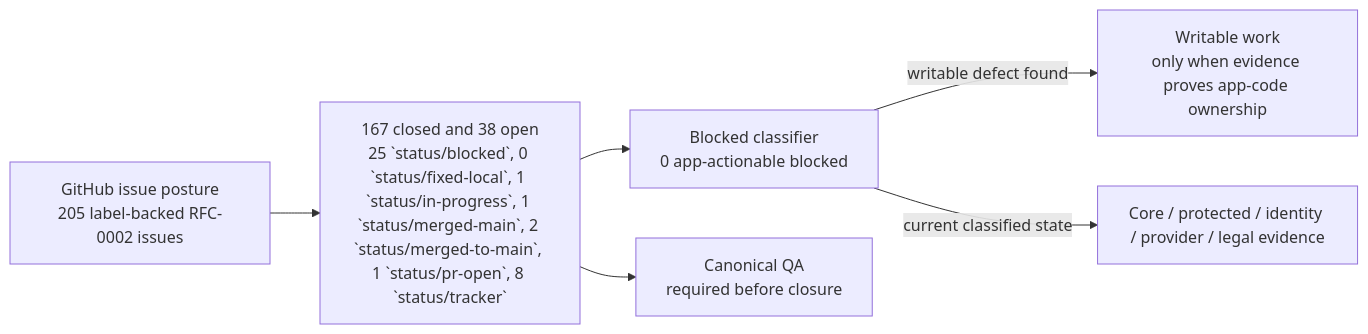
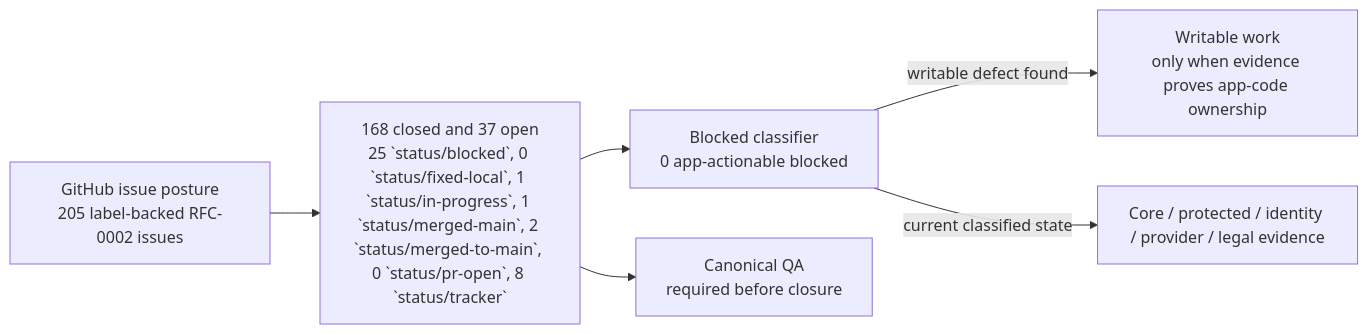
The first of 2 diagrams in wiki/RFC-0002-Execution-Status.md (sgajbi/lotus-idea), drawn with Mermaid before and after one commit. The commit also changed other lines of this file and 8 other files, not shown here.

````diff
--- a/wiki/RFC-0002-Execution-Status.md
+++ b/wiki/RFC-0002-Execution-Status.md
@@ -39,15 +39,15 @@
 ```mermaid
 flowchart LR
     Issues["GitHub issue posture<br/>205 label-backed RFC-0002 issues"]
-    Open["167 closed and 38 open<br/>25 `status/blocked`, 0 `status/fixed-local`, 1 `status/in-progress`, 1 `status/merged-main`, 2 `status/merged-to-main`, 1 `status/pr-open`, 8 `status/tracker`"]
+    Open["168 closed and 37 open<br/>25 `status/blocked`, 0 `status/fixed-local`, 1 `status/in-progress`, 1 `status/merged-main`, 2 `status/merged-to-main`, 0 `status/pr-open`, 8 `status/tracker`"]
     Blocked["Blocked classifier<br/>0 app-actionable blocked"]
     Work["Writable work<br/>only when evidence proves app-code ownership"]
     External["Core / protected / identity / provider / legal evidence"]
     QA["Canonical QA<br/>required before closure"]
 
     Issues --> Open
     Open --> Blocked
     Blocked -->|"writable defect found"| Work
     Blocked -->|"current classified state"| External
     Open --> QA
 ```
````
